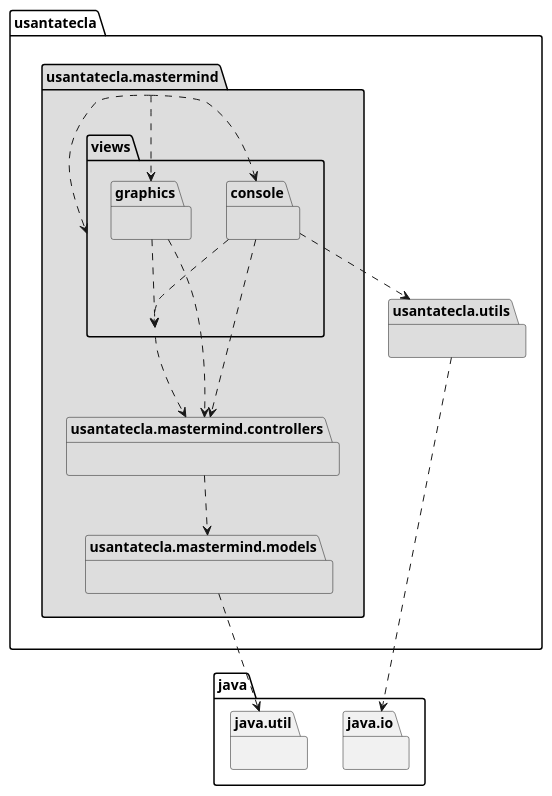
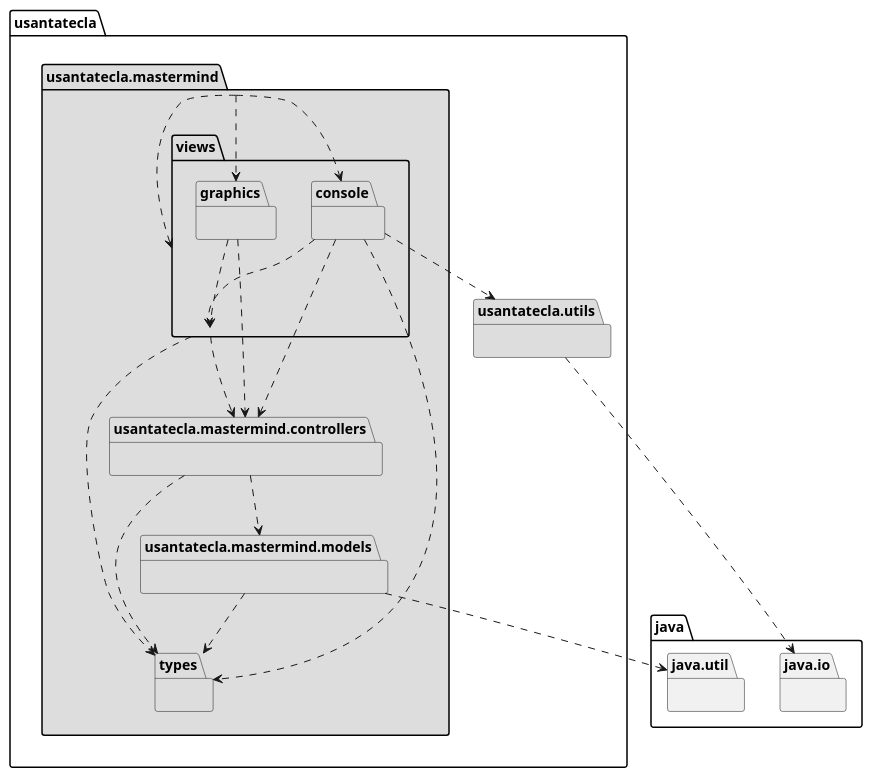
One commit to SantaTecla-mastermind/solution.java.swing.socket.sql changed the diagram in modelViewPresenter/presentationModel/basic/docs/diagrams/src/arquitectura.plantuml. Above: the diagram before and after it, drawn with PlantUML. The commit also changed 55 other files, not shown here.

```diff
--- a/modelViewPresenter/presentationModel/basic/docs/diagrams/src/arquitectura.plantuml
+++ b/modelViewPresenter/presentationModel/basic/docs/diagrams/src/arquitectura.plantuml
@@ -1,33 +1,40 @@
 @startuml arquitectura
 
 package usantatecla.mastermind #DDDDDD { }
 usantatecla.mastermind ..> usantatecla.mastermind.views
 usantatecla.mastermind ..> usantatecla.mastermind.views.console
 usantatecla.mastermind ..> usantatecla.mastermind.views.graphics
 
 package usantatecla.mastermind.models #DDDDDD { }
 package java.util{ }
 usantatecla.mastermind.models .down.> java.util
+usantatecla.mastermind.models .down.> usantatecla.mastermind.types
+
+package usantatecla.mastermind.types #DDDDDD { }
 
 package usantatecla.utils #DDDDDD { }
 package java.io{ }
 usantatecla.utils .down.> java.io
 
 package usantatecla.mastermind.views #DDDDDD { }
+usantatecla.mastermind.views .down.> usantatecla.mastermind.types
+
 
 package usantatecla.mastermind.views.graphics #DDDDDD { }
 
 usantatecla.mastermind.views.graphics .down.> usantatecla.mastermind.views
 
-
 package usantatecla.mastermind.views.console #DDDDDD { }
 usantatecla.mastermind.views.console .down.> usantatecla.mastermind.views
+usantatecla.mastermind.views.console .down.> usantatecla.mastermind.types
+
 usantatecla.mastermind.views.console .down.> usantatecla.utils
 
 package usantatecla.mastermind.controllers #DDDDDD { }
 usantatecla.mastermind.controllers .down.> usantatecla.mastermind.models
+usantatecla.mastermind.controllers .down.> usantatecla.mastermind.types
 usantatecla.mastermind.views.console .down.> usantatecla.mastermind.controllers
 usantatecla.mastermind.views.graphics .down.> usantatecla.mastermind.controllers
 usantatecla.mastermind.views .down.> usantatecla.mastermind.controllers
 
 @enduml
```
